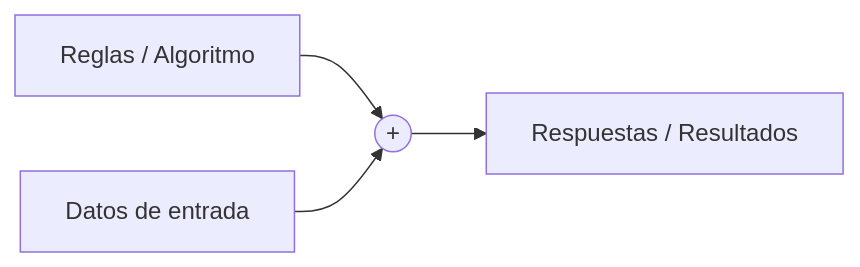
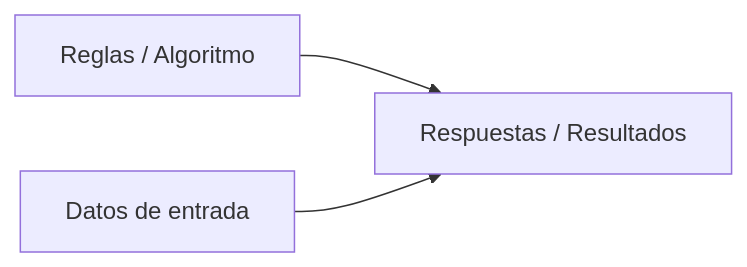
One commit to Javier-Perales/PRSI2 changed the first of 3 diagrams in content/sda1-paradigma-ia/Sprint 1.1 La era de los datos.md. Above: the diagram before and after it, drawn with Mermaid. The commit also changed other lines of this file and 1 other file, not shown here.

````diff
--- a/content/sda1-paradigma-ia/Sprint 1.1 La era de los datos.md
+++ b/content/sda1-paradigma-ia/Sprint 1.1 La era de los datos.md
@@ -217,6 +166,5 @@
 ```mermaid
 flowchart LR
-    A["Reglas / Algoritmo"] --> PLUS((+))
-    B["Datos de entrada"] --> PLUS
-    PLUS --> C["Respuestas / Resultados"]
+    A["Reglas / Algoritmo"] --> C["Respuestas / Resultados"];
+    B["Datos de entrada"] --> C;
 ```
````
